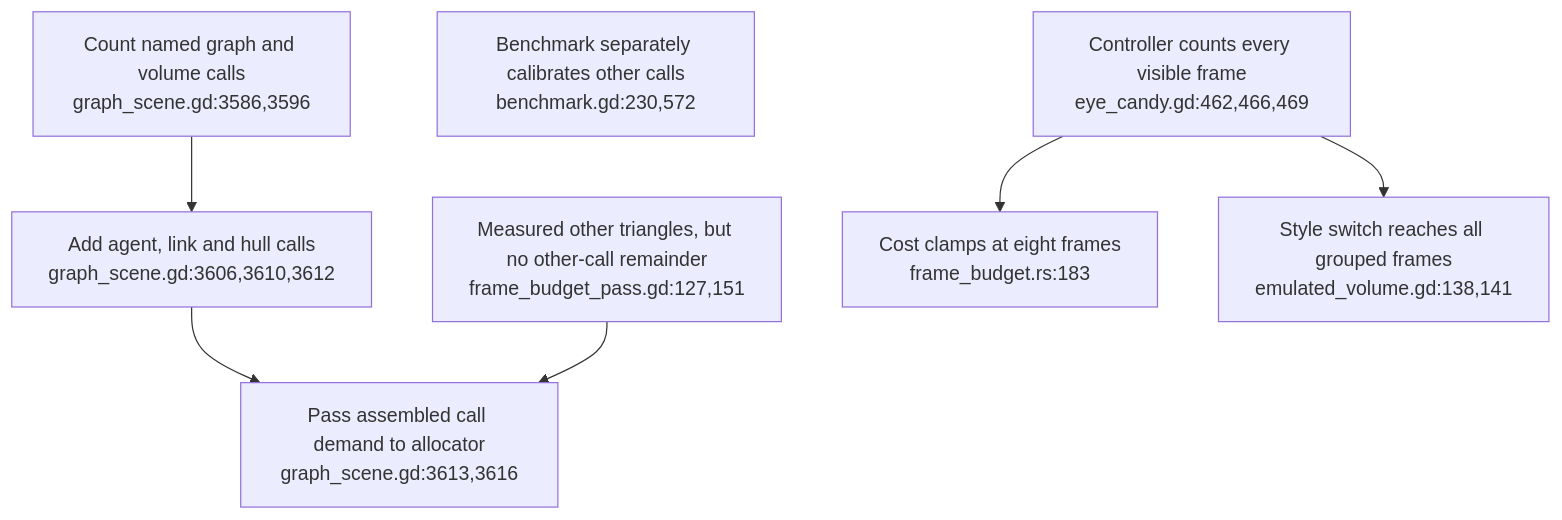
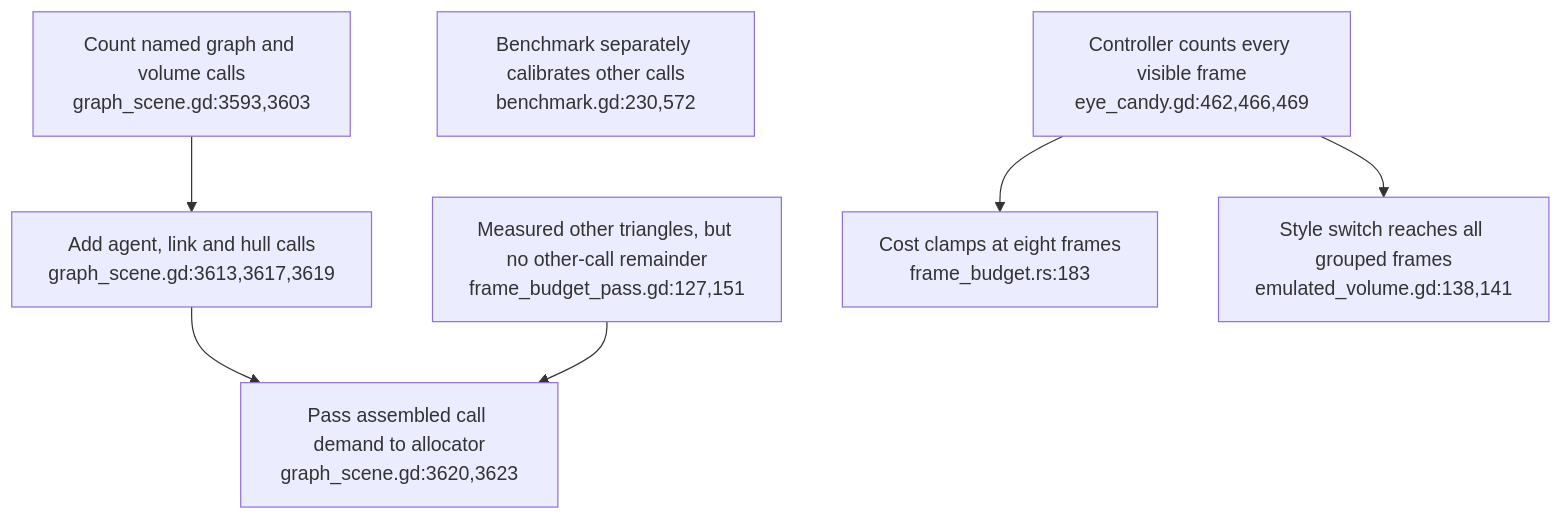
One commit to DreamLab-AI/VisionFlow changed the second of 8 diagrams in docs/diagrams/visionclaw/51-xr-visual-budget-and-engine-gates.md. Above: the diagram before and after it, drawn with Mermaid. The commit also changed other lines of this file and 24 other files, not shown here.

Commit message:
docs: align XR liveness, filtering and rendering diagrams (#33)

````diff
--- a/docs/diagrams/visionclaw/51-xr-visual-budget-and-engine-gates.md
+++ b/docs/diagrams/visionclaw/51-xr-visual-budget-and-engine-gates.md
@@ -66,9 +66,9 @@
 ```mermaid
 flowchart TD
-    SCENE["Count named graph and volume calls<br/>graph_scene.gd:3586,3596"] --> CALLS["Add agent, link and hull calls<br/>graph_scene.gd:3606,3610,3612"]
-    CALLS --> INPUT["Pass assembled call demand to allocator<br/>graph_scene.gd:3613,3616"]
+    SCENE["Count named graph and volume calls<br/>graph_scene.gd:3593,3603"] --> CALLS["Add agent, link and hull calls<br/>graph_scene.gd:3613,3617,3619"]
+    CALLS --> INPUT["Pass assembled call demand to allocator<br/>graph_scene.gd:3620,3623"]
     OTHER["Measured other triangles, but no other-call remainder<br/>frame_budget_pass.gd:127,151"] --> INPUT
     BENCH["Benchmark separately calibrates other calls<br/>benchmark.gd:230,572"]
     VISIBLE["Controller counts every visible frame<br/>eye_candy.gd:462,466,469"] --> PRICE["Cost clamps at eight frames<br/>frame_budget.rs:183"]
     VISIBLE --> DRAW["Style switch reaches all grouped frames<br/>emulated_volume.gd:138,141"]
 ```
````
